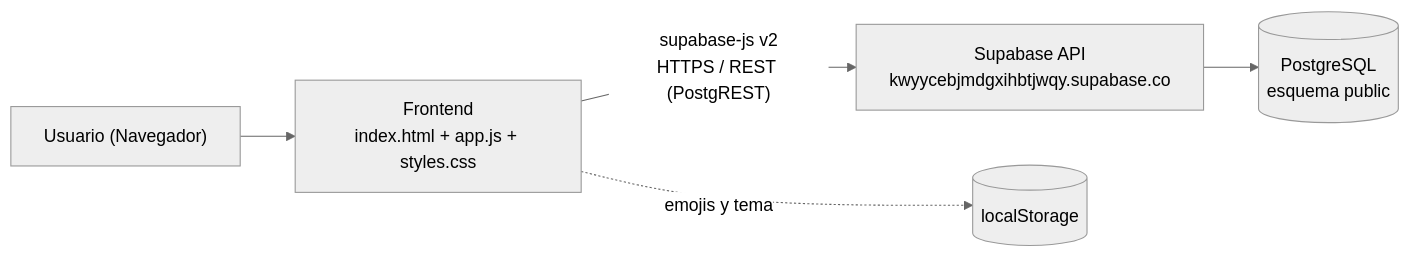
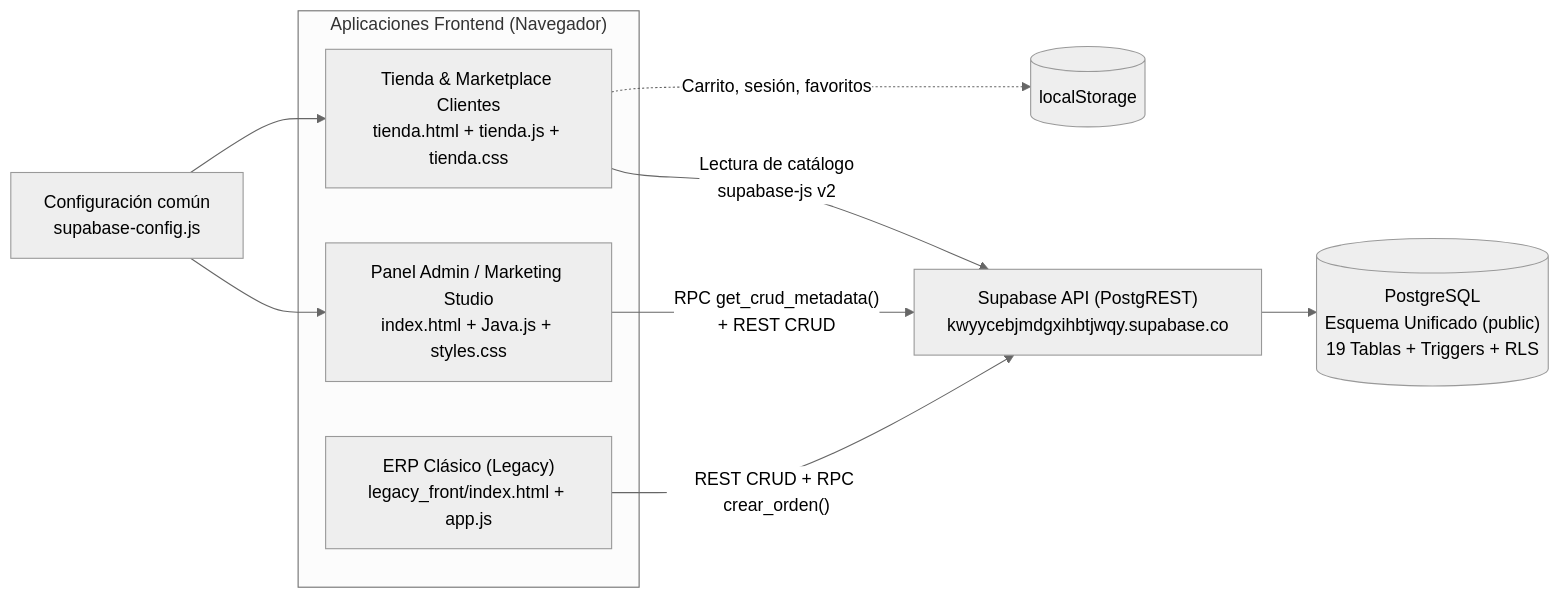
The first of 3 diagrams in docs/DOCUMENTACION_BASE_DATOS.md (mickellest/Vantage_sport), drawn with Mermaid (neutral theme) before and after one commit. The commit also changed other lines of this file and 1 other file, not shown here.

````diff
--- a/docs/DOCUMENTACION_BASE_DATOS.md
+++ b/docs/DOCUMENTACION_BASE_DATOS.md
@@ -53,7 +71,18 @@
 ```mermaid
 flowchart LR
-    U["Usuario (Navegador)"] --> FE["Frontend<br/>index.html + app.js + styles.css"]
-    FE -->|"supabase-js v2<br/>HTTPS / REST (PostgREST)"| API["Supabase API<br/>kwyycebjmdgxihbtjwqy.supabase.co"]
-    API --> PG[("PostgreSQL<br/>esquema public")]
-    FE -.->|"emojis y tema"| LS[("localStorage")]
+    subgraph Frontends["Aplicaciones Frontend (Navegador)"]
+        ADM["Panel Admin / Marketing Studio<br/>index.html + Java.js + styles.css"]
+        TND["Tienda & Marketplace Clientes<br/>tienda.html + tienda.js + tienda.css"]
+        LEG["ERP Clásico (Legacy)<br/>legacy_front/index.html + app.js"]
+    end
+
+    CFG["Configuración común<br/>supabase-config.js"] --> ADM
+    CFG --> TND
+
+    ADM -->|"RPC get_crud_metadata()<br/>+ REST CRUD"| API["Supabase API (PostgREST)<br/>kwyycebjmdgxihbtjwqy.supabase.co"]
+    TND -->|"Lectura de catálogo<br/>supabase-js v2"| API
+    LEG -->|"REST CRUD + RPC crear_orden()"| API
+
+    API --> PG[("PostgreSQL<br/>Esquema Unificado (public)<br/>19 Tablas + Triggers + RLS")]
+    TND -.->|"Carrito, sesión, favoritos"| LS[("localStorage")]
 ```
````
